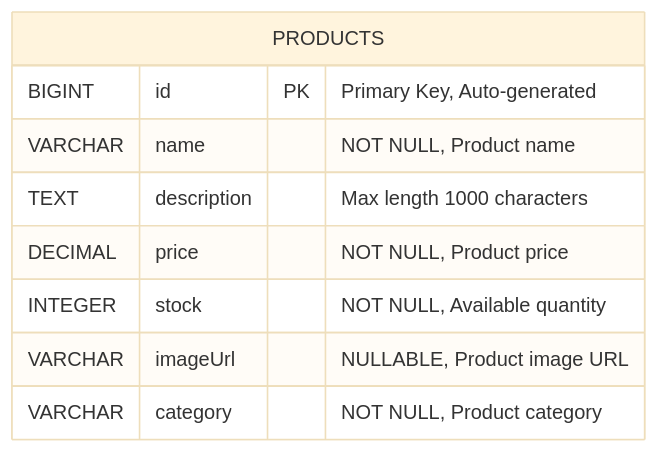
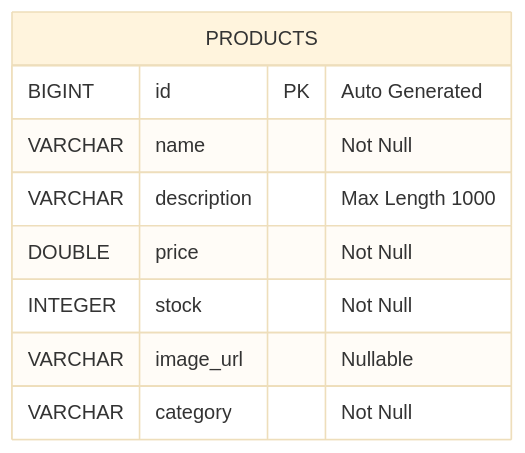
One commit to NavneetBN47/aava-ecom-demo changed the third of 10 diagrams in docs/LLD/lld.md. Above: the diagram before and after it, drawn with Mermaid (base theme). The commit also changed other lines of this file, not shown here.

Commit message:
Auto commit: Scripts committed on 2026-02-12-07-09-23

````diff
--- a/docs/LLD/lld.md
+++ b/docs/LLD/lld.md
@@ -94,12 +135,12 @@
 ```mermaid
 erDiagram
     PRODUCTS {
-        BIGINT id PK "Primary Key, Auto-generated"
-        VARCHAR name "NOT NULL, Product name"
-        TEXT description "Max length 1000 characters"
-        DECIMAL price "NOT NULL, Product price"
-        INTEGER stock "NOT NULL, Available quantity"
-        VARCHAR imageUrl "NULLABLE, Product image URL"
-        VARCHAR category "NOT NULL, Product category"
+        BIGINT id PK "Auto Generated"
+        VARCHAR name "Not Null"
+        VARCHAR description "Max Length 1000"
+        DOUBLE price "Not Null"
+        INTEGER stock "Not Null"
+        VARCHAR image_url "Nullable"
+        VARCHAR category "Not Null"
     }
 ```
````
